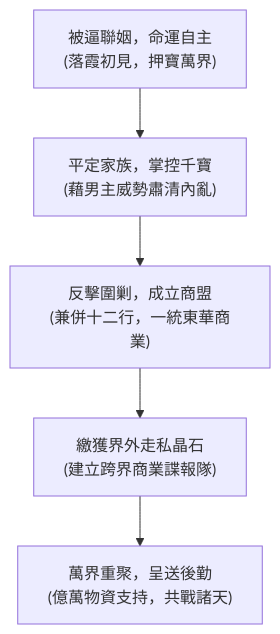
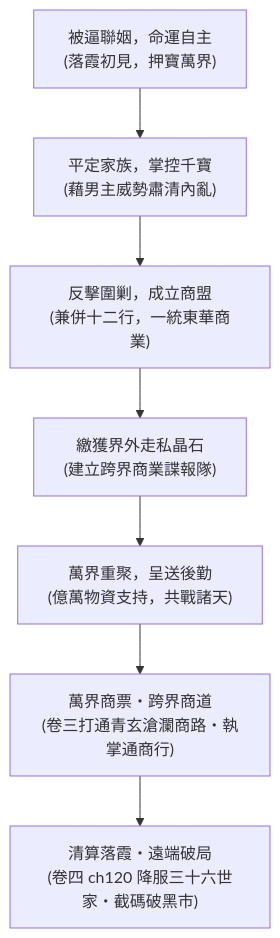
The diagram in sex/docs/characters/murong_yue.md (wade-fs/novel), drawn with Mermaid before and after one commit. The commit also changed other lines of this file and 15 other files, not shown here.

````diff
--- a/sex/docs/characters/murong_yue.md
+++ b/sex/docs/characters/murong_yue.md
@@ -53,7 +53,9 @@
 ```mermaid
 flowchart TD
     M1["被逼聯姻，命運自主<br>(落霞初見，押寶萬界)"] --> M2["平定家族，掌控千寶<br>(藉男主威勢肅清內亂)"]
     M2 --> M3["反擊圍剿，成立商盟<br>(兼併十二行，一統東華商業)"]
     M3 --> M4["繳獲界外走私晶石<br>(建立跨界商業諜報隊)"]
     M4 --> M5["萬界重聚，呈送後勤<br>(億萬物資支持，共戰諸天)"]
+    M5 --> M6["萬界商票・跨界商道<br>(卷三打通青玄滄瀾商路・執掌通商行)"]
+    M6 --> M7["清算落霞・遠端破局<br>(卷四 ch120 降服三十六世家・截碼破黑市)"]
 ```
````
